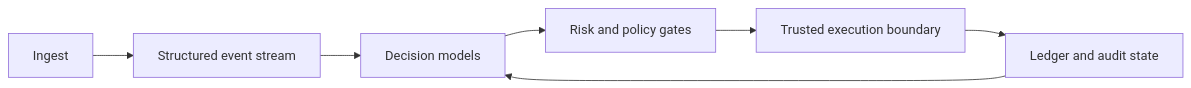
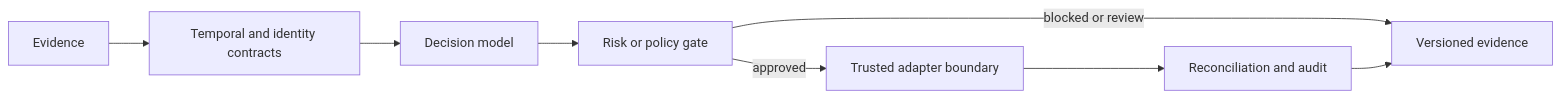
The diagram in profile/README.md (Szigor-Research/.github), drawn with Mermaid before and after one commit. The commit also changed other lines of this file and 10 other files, not shown here.

````diff
--- a/profile/README.md
+++ b/profile/README.md
@@ -76,9 +45,10 @@
 ```mermaid
 flowchart LR
-    I["Ingest"] --> S["Structured event stream"]
-    S --> D["Decision models"]
-    D --> R["Risk and policy gates"]
-    R --> E["Trusted execution boundary"]
-    E --> A["Ledger and audit state"]
-    A --> D
+    E["Evidence"] --> T["Temporal and identity contracts"]
+    T --> D["Decision model"]
+    D --> G["Risk or policy gate"]
+    G -->|"blocked or review"| A["Versioned evidence"]
+    G -->|"approved"| X["Trusted adapter boundary"]
+    X --> R["Reconciliation and audit"]
+    R --> A
 ```
````
